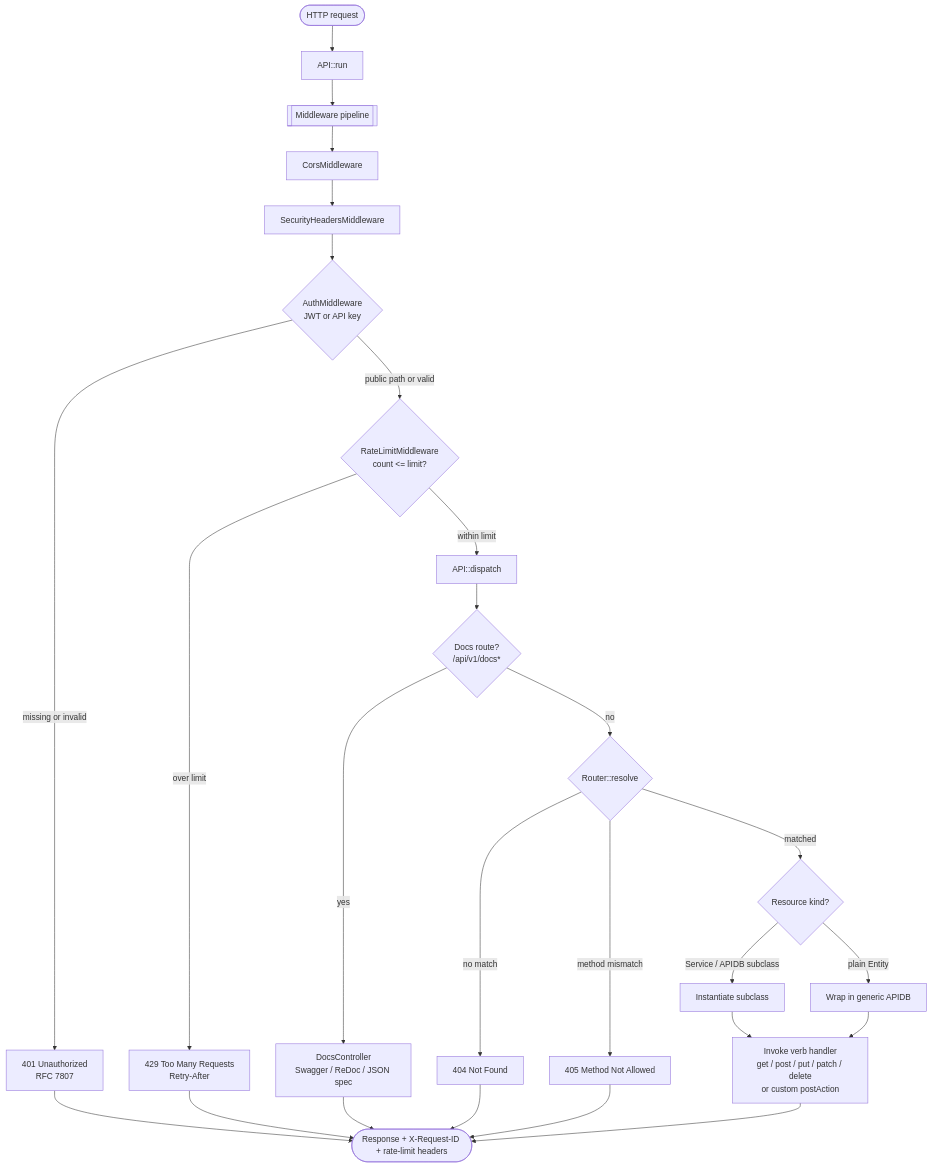
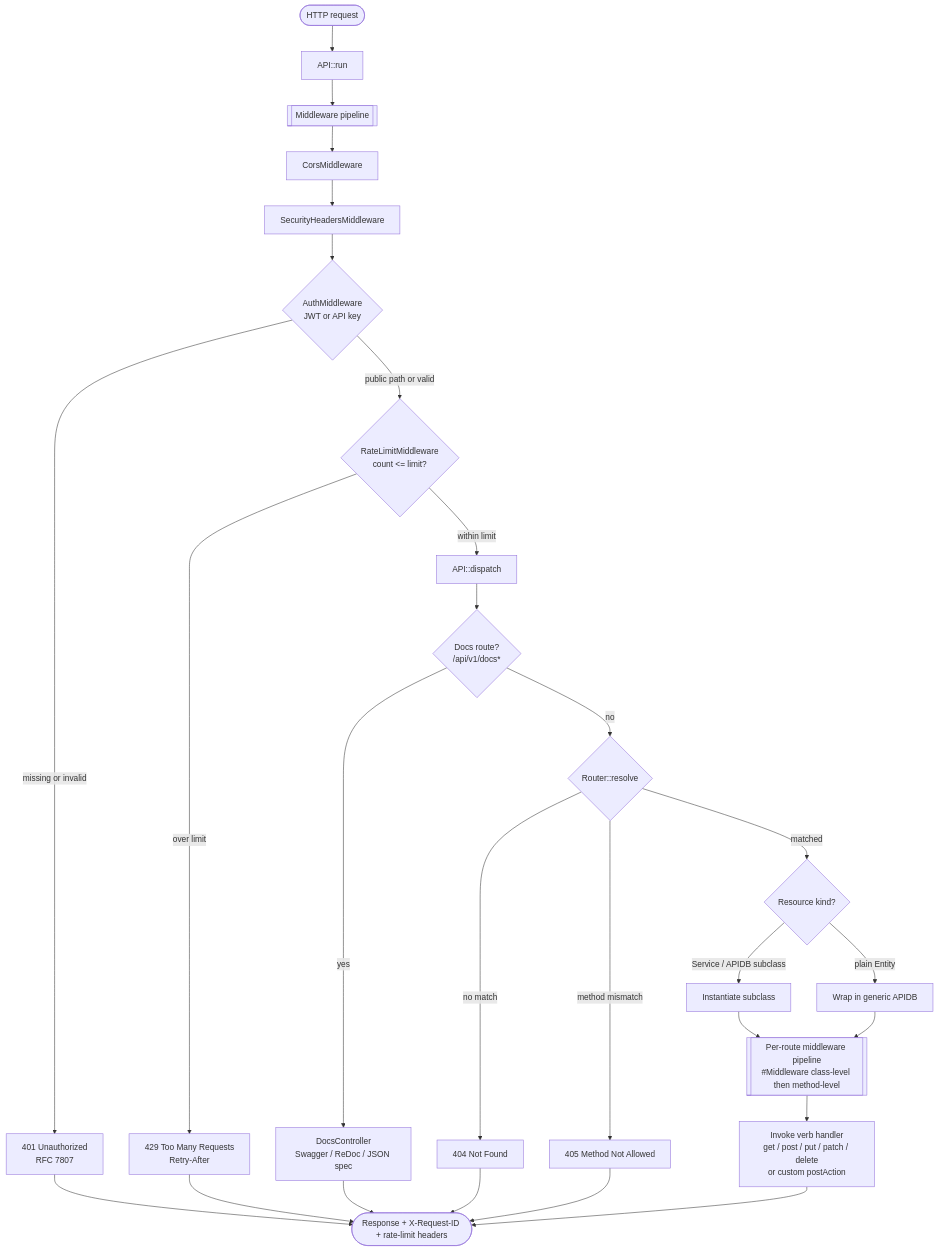
Before and after one commit to coagus/php-api-builder: the diagram in resources/docs/diagrams/request-lifecycle.md, drawn with Mermaid. The commit also changed other lines of this file and 3 other files, not shown here.

First line of the commit message:
docs: per-route middleware + #[Ignore] patterns + updated pipeline diagram

````diff
--- a/resources/docs/diagrams/request-lifecycle.md
+++ b/resources/docs/diagrams/request-lifecycle.md
@@ -3,28 +3,29 @@
 ```mermaid
 flowchart TD
     Start([HTTP request]) --> Entry[API::run]
     Entry --> Pipeline[[Middleware pipeline]]
     Pipeline --> CORS[CorsMiddleware]
     CORS --> Security[SecurityHeadersMiddleware]
     Security --> Auth{AuthMiddleware<br/>JWT or API key}
     Auth -- missing or invalid --> Err401[401 Unauthorized<br/>RFC 7807]
     Auth -- public path or valid --> Rate{RateLimitMiddleware<br/>count <= limit?}
     Rate -- over limit --> Err429[429 Too Many Requests<br/>Retry-After]
     Rate -- within limit --> Dispatch[API::dispatch]
     Dispatch --> Docs{Docs route?<br/>/api/v1/docs*}
     Docs -- yes --> DocsCtrl[DocsController<br/>Swagger / ReDoc / JSON spec]
     Docs -- no --> Route{Router::resolve}
     Route -- no match --> Err404[404 Not Found]
     Route -- method mismatch --> Err405[405 Method Not Allowed]
     Route -- matched --> Kind{Resource kind?}
     Kind -- Service / APIDB subclass --> Handler[Instantiate subclass]
     Kind -- plain Entity --> Wrap[Wrap in generic APIDB]
-    Handler --> Invoke[Invoke verb handler<br/>get / post / put / patch / delete<br/>or custom postAction]
-    Wrap --> Invoke
+    Handler --> RouteMW[[Per-route middleware pipeline<br/>#Middleware class-level then method-level]]
+    Wrap --> RouteMW
+    RouteMW --> Invoke[Invoke verb handler<br/>get / post / put / patch / delete<br/>or custom postAction]
     Invoke --> Resp([Response + X-Request-ID + rate-limit headers])
     DocsCtrl --> Resp
     Err401 --> Resp
     Err404 --> Resp
     Err405 --> Resp
     Err429 --> Resp
 ```
````
